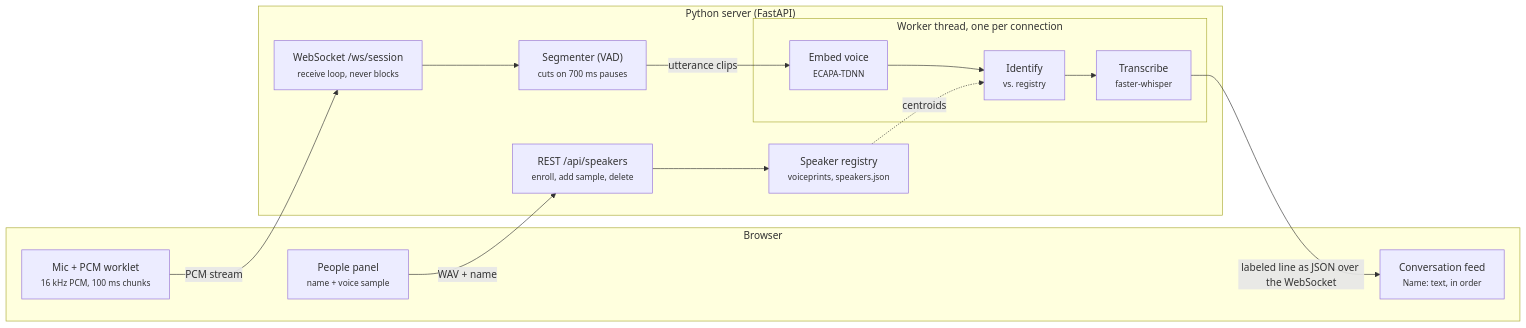
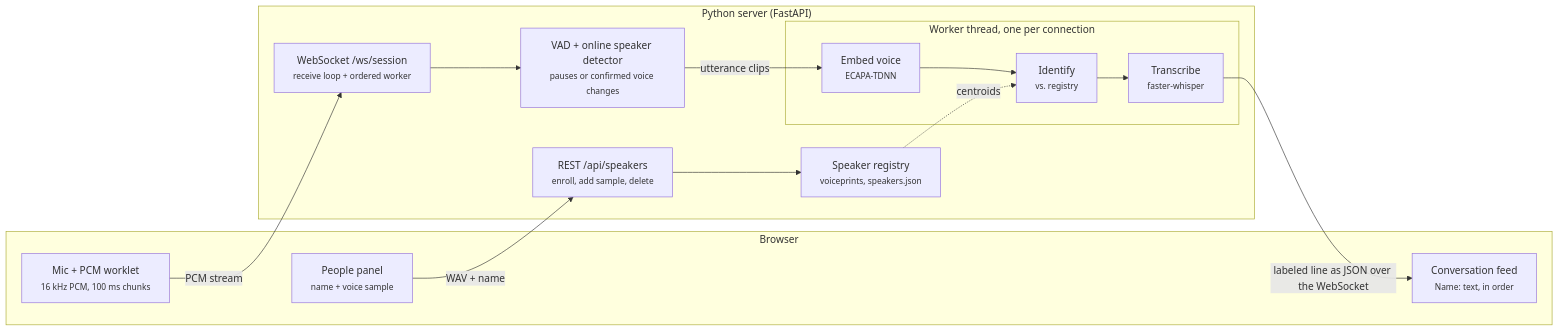
The diagram in docs/BUILD_GUIDE.md (prodyradstudios/convo-tracker), drawn with Mermaid before and after one commit. The commit also changed other lines of this file and 5 other files, not shown here.

````diff
--- a/docs/BUILD_GUIDE.md
+++ b/docs/BUILD_GUIDE.md
@@ -30,23 +30,23 @@
 ```mermaid
 flowchart LR
     subgraph Browser
         People["People panel<br/><small>name + voice sample</small>"]
         Mic["Mic + PCM worklet<br/><small>16 kHz PCM, 100 ms chunks</small>"]
         Feed["Conversation feed<br/><small>Name: text, in order</small>"]
     end
     subgraph Server["Python server (FastAPI)"]
         REST["REST /api/speakers<br/><small>enroll, add sample, delete</small>"]
         Registry["Speaker registry<br/><small>voiceprints, speakers.json</small>"]
-        WS["WebSocket /ws/session<br/><small>receive loop, never blocks</small>"]
-        VAD["Segmenter (VAD)<br/><small>cuts on 700 ms pauses</small>"]
+        WS["WebSocket /ws/session<br/><small>receive loop + ordered worker</small>"]
+        VAD["VAD + online speaker detector<br/><small>pauses or confirmed voice changes</small>"]
         subgraph Worker["Worker thread, one per connection"]
             Embed["Embed voice<br/><small>ECAPA-TDNN</small>"]
             Identify["Identify<br/><small>vs. registry</small>"]
             STT["Transcribe<br/><small>faster-whisper</small>"]
         end
     end
     People -- "WAV + name" --> REST --> Registry
     Mic -- "PCM stream" --> WS --> VAD -- "utterance clips" --> Embed --> Identify --> STT
     Registry -. centroids .-> Identify
     STT -- "labeled line as JSON over the WebSocket" --> Feed
 ```
````
